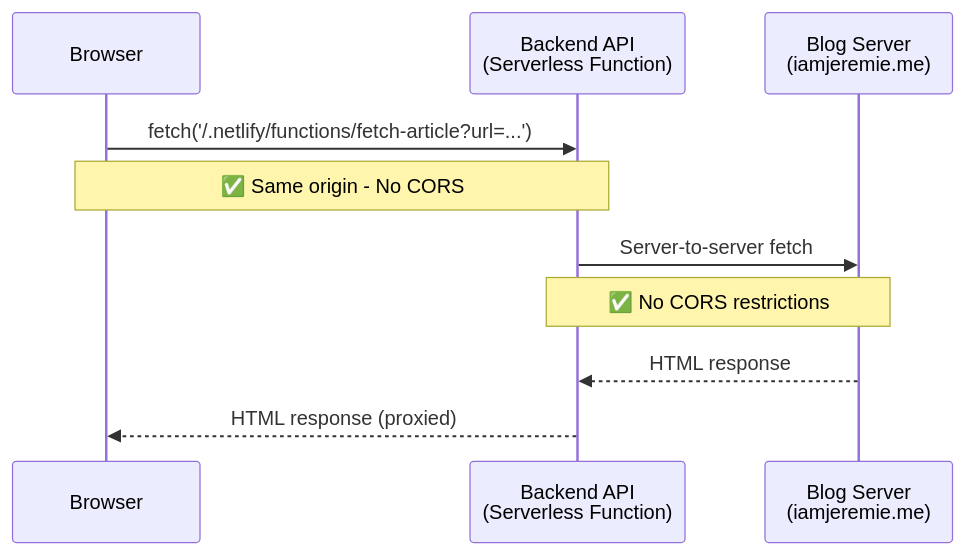
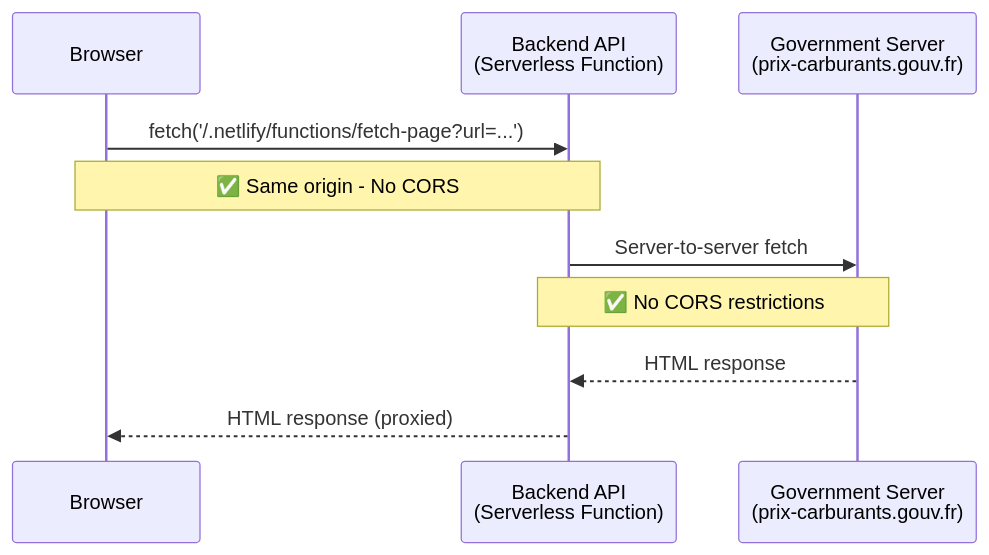
Before and after one commit to JeremieLitzler/french-gas-stations-scraper: the diagram in docs/decisions/ADR-006-netlify-functions-for-cors-proxy.md, drawn with Mermaid. The commit also changed other lines of this file and 11 other files, not shown here.

````diff
--- a/docs/decisions/ADR-006-netlify-functions-for-cors-proxy.md
+++ b/docs/decisions/ADR-006-netlify-functions-for-cors-proxy.md
@@ -25,13 +17,13 @@
 ```mermaid
 sequenceDiagram
     participant Browser
     participant API as Backend API<br/>(Serverless Function)
-    participant BlogServer as Blog Server<br/>(iamjeremie.me)
+    participant GovServer as Government Server<br/>(prix-carburants.gouv.fr)
 
-    Browser->>API: fetch('/.netlify/functions/fetch-article?url=...')
+    Browser->>API: fetch('/.netlify/functions/fetch-page?url=...')
     Note over Browser,API: ✅ Same origin - No CORS
-    API->>BlogServer: Server-to-server fetch
-    Note over API,BlogServer: ✅ No CORS restrictions
-    BlogServer-->>API: HTML response
+    API->>GovServer: Server-to-server fetch
+    Note over API,GovServer: ✅ No CORS restrictions
+    GovServer-->>API: HTML response
     API-->>Browser: HTML response (proxied)
 ```
````
